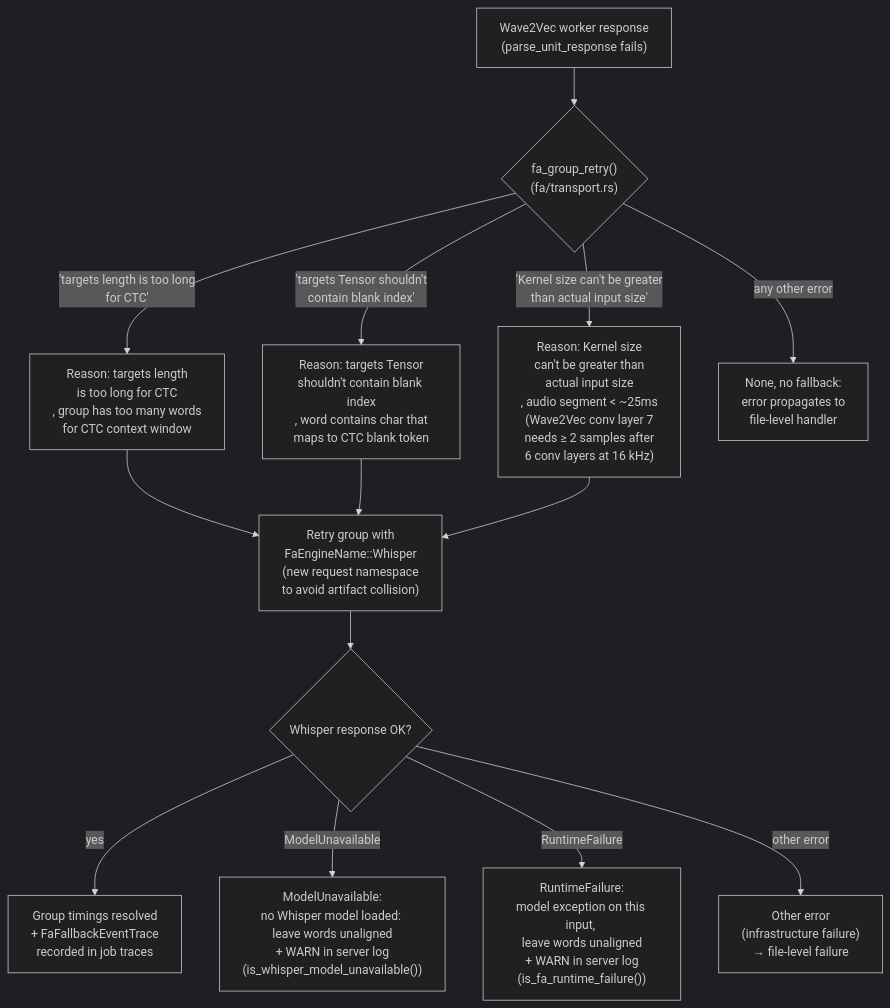
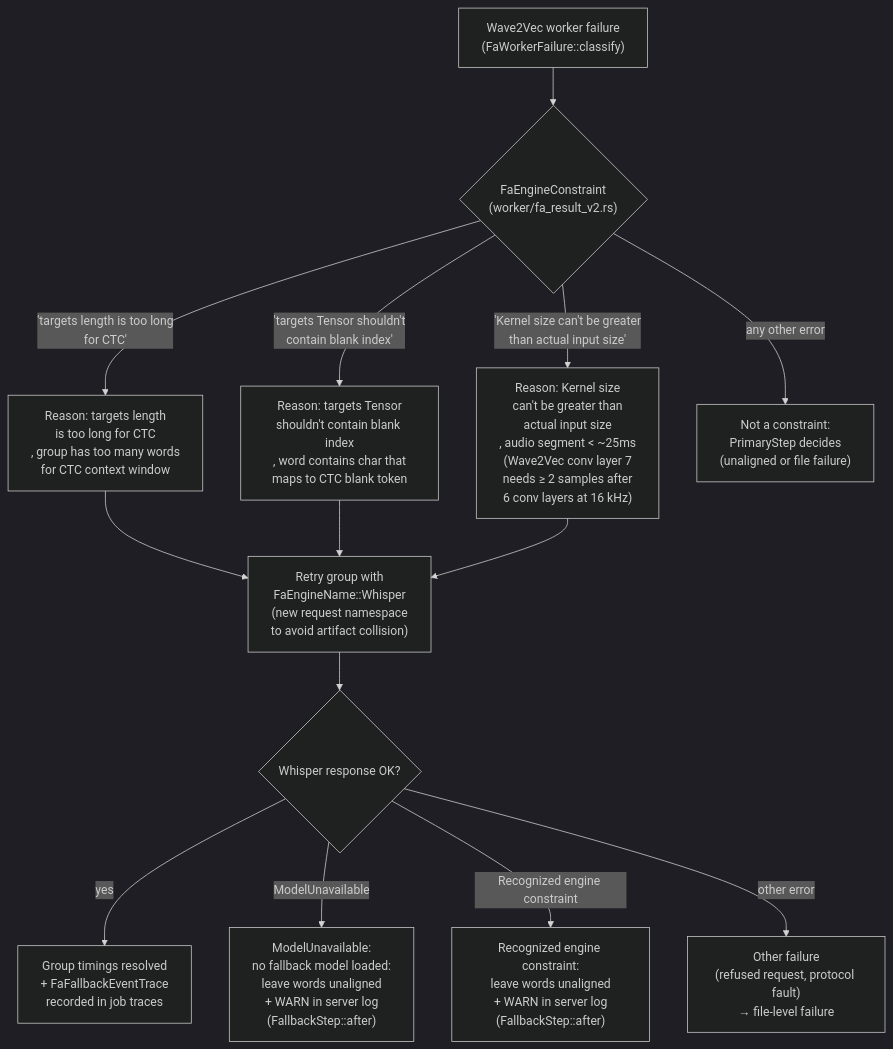
The tenth of 16 diagrams in book/src/batchalign/reference/forced-alignment.md (FranklinChen/talkbank-tools), drawn with Mermaid (dark theme) before and after one commit. The commit also changed other lines of this file and 381 other files, not shown here.

````diff
--- a/book/src/batchalign/reference/forced-alignment.md
+++ b/book/src/batchalign/reference/forced-alignment.md
@@ -1179,33 +1219,33 @@
 ```mermaid
 flowchart TD
-    w2v["Wave2Vec worker response<br/>(parse_unit_response fails)"]
-    reason{"fa_group_retry()<br/>(fa/transport.rs)"}
+    w2v["Wave2Vec worker failure<br/>(FaWorkerFailure::classify)"]
+    reason{"FaEngineConstraint<br/>(worker/fa_result_v2.rs)"}
 
     w2v --> reason
 
     r1["Reason: targets length<br/>is too long for CTC<br/>, group has too many words<br/>for CTC context window"]
     r2["Reason: targets Tensor<br/>shouldn't contain blank index<br/>, word contains char that<br/>maps to CTC blank token"]
     r3["Reason: Kernel size<br/>can't be greater than<br/>actual input size<br/>, audio segment &lt; ~25ms<br/>(Wave2Vec conv layer 7<br/>needs ≥ 2 samples after<br/>6 conv layers at 16 kHz)"]
-    none["None, no fallback:<br/>error propagates to<br/>file-level handler"]
+    none["Not a constraint:<br/>PrimaryStep decides<br/>(unaligned or file failure)"]
 
     reason -->|"'targets length is too long<br/>for CTC'"| r1
     reason -->|"'targets Tensor shouldn't<br/>contain blank index'"| r2
     reason -->|"'Kernel size can't be greater<br/>than actual input size'"| r3
     reason -->|"any other error"| none
 
     whisper["Retry group with<br/>FaEngineName::Whisper<br/>(new request namespace<br/>to avoid artifact collision)"]
     fallback_ok["Group timings resolved<br/>+ FaFallbackEventTrace<br/>recorded in job traces"]
     fallback_err{"Whisper response OK?"}
-    model_unavail_err["ModelUnavailable:<br/>no Whisper model loaded: <br/>leave words unaligned<br/>+ WARN in server log<br/>(is_whisper_model_unavailable())"]
-    runtime_fail_err["RuntimeFailure:<br/>model exception on this input, <br/>leave words unaligned<br/>+ WARN in server log<br/>(is_fa_runtime_failure())"]
-    other_whisper_err["Other error<br/>(infrastructure failure)<br/>→ file-level failure"]
+    model_unavail_err["ModelUnavailable:<br/>no fallback model loaded: <br/>leave words unaligned<br/>+ WARN in server log<br/>(FallbackStep::after)"]
+    runtime_fail_err["Recognized engine constraint:<br/>leave words unaligned<br/>+ WARN in server log<br/>(FallbackStep::after)"]
+    other_whisper_err["Other failure<br/>(refused request, protocol fault)<br/>→ file-level failure"]
 
     r1 --> whisper
     r2 --> whisper
     r3 --> whisper
     whisper --> fallback_err
     fallback_err -->|"yes"| fallback_ok
     fallback_err -->|"ModelUnavailable"| model_unavail_err
-    fallback_err -->|"RuntimeFailure"| runtime_fail_err
+    fallback_err -->|"Recognized engine constraint"| runtime_fail_err
     fallback_err -->|"other error"| other_whisper_err
 ```
````
